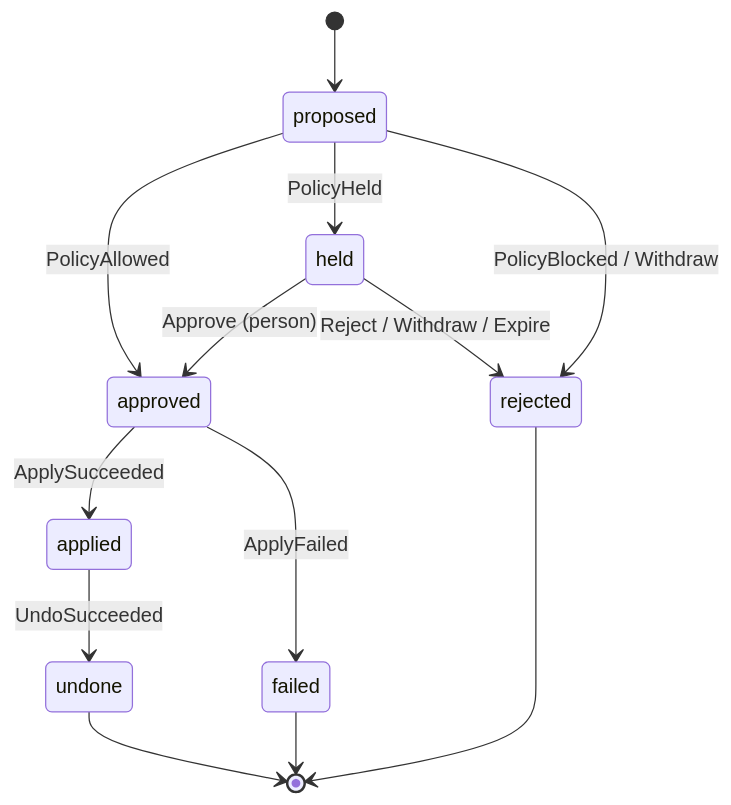
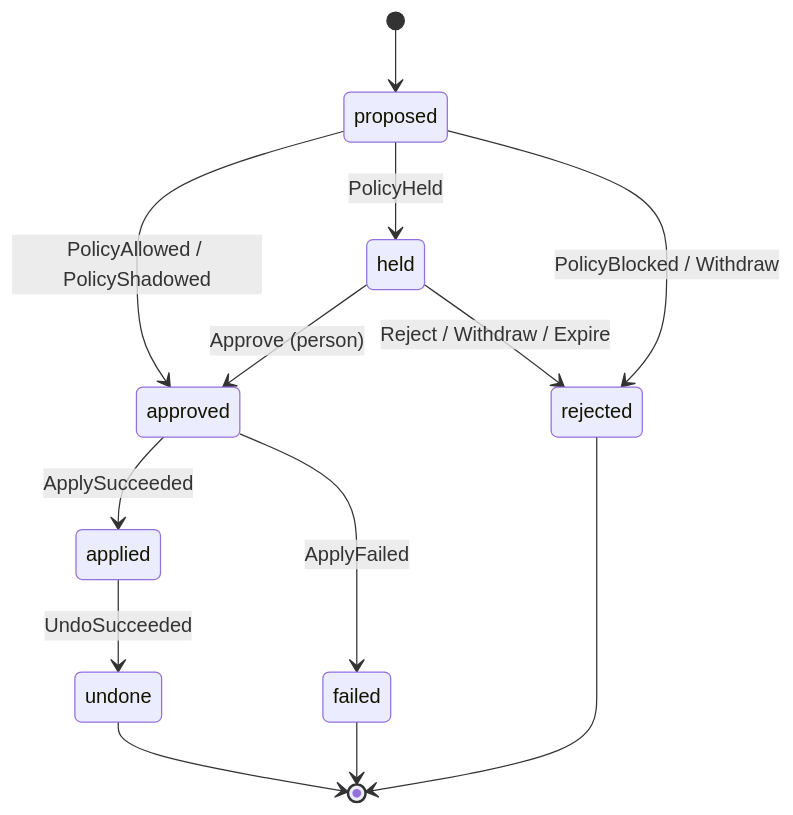
The diagram in docs/spec/change-lifecycle.md (Ermag/rowbit), drawn with Mermaid before and after one commit. The commit also changed other lines of this file and 4 other files, not shown here.

````diff
--- a/docs/spec/change-lifecycle.md
+++ b/docs/spec/change-lifecycle.md
@@ -29,15 +29,15 @@
 ```mermaid
 stateDiagram-v2
     [*] --> proposed
-    proposed --> approved: PolicyAllowed
+    proposed --> approved: PolicyAllowed / PolicyShadowed
     proposed --> held: PolicyHeld
     proposed --> rejected: PolicyBlocked / Withdraw
     held --> approved: Approve (person)
     held --> rejected: Reject / Withdraw / Expire
     approved --> applied: ApplySucceeded
     approved --> failed: ApplyFailed
     applied --> undone: UndoSucceeded
     rejected --> [*]
     failed --> [*]
     undone --> [*]
 ```
````
